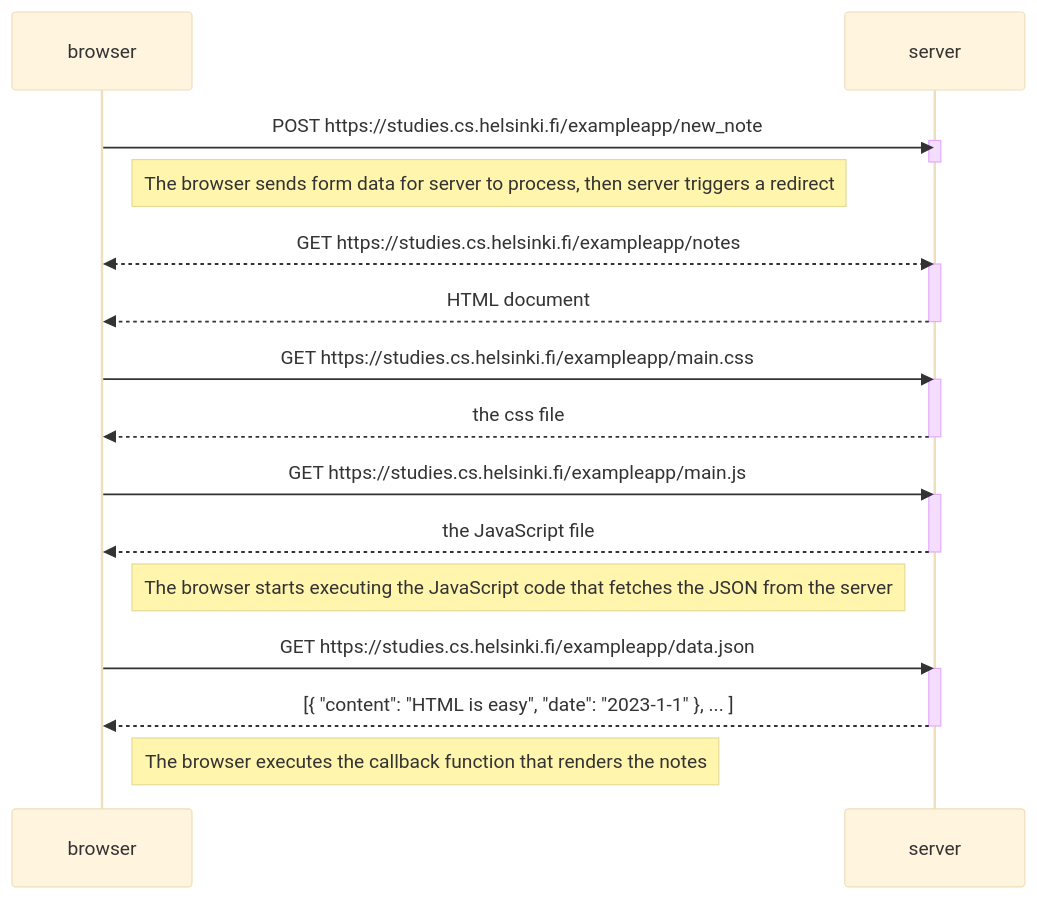
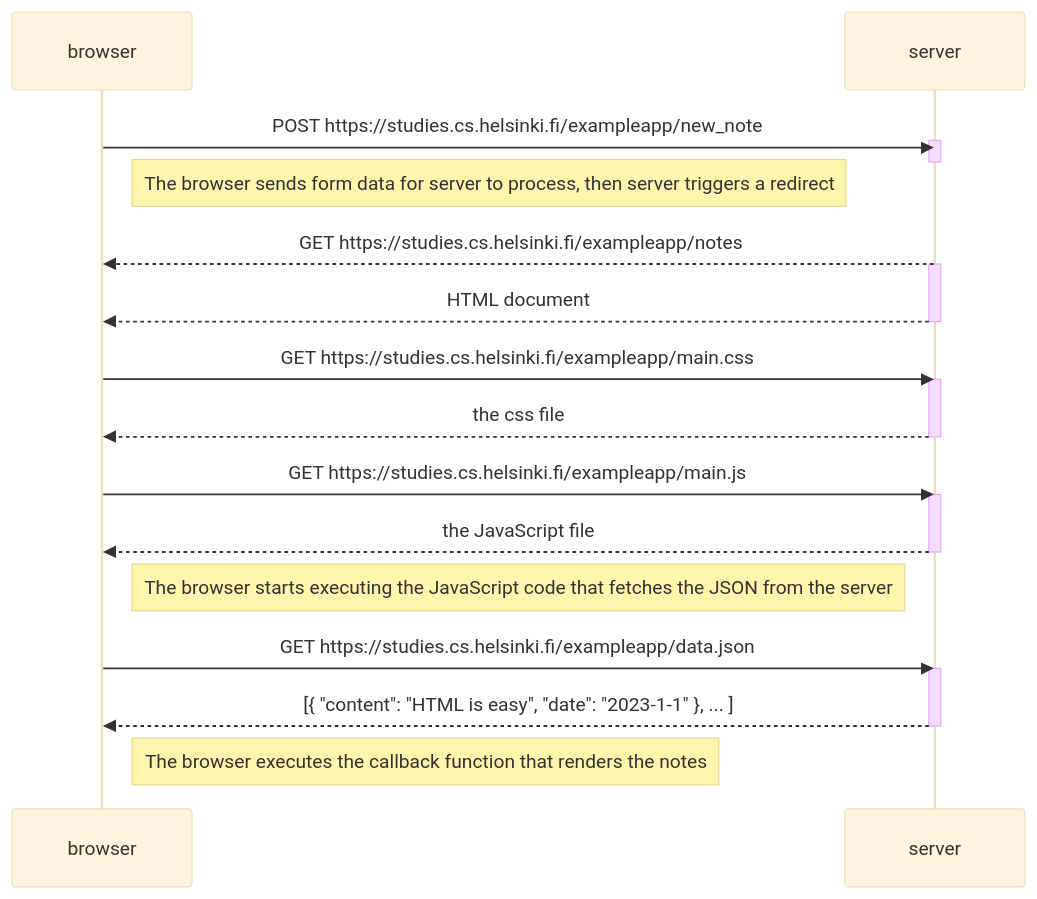
One commit to mojeedkusimo/fullstackopen changed the diagram in part_0/0_4_new_note_diagram/solution.md. Above: the diagram before and after it, drawn with Mermaid (base theme).

Commit message:
Solution 5

````diff
--- a/part_0/0_4_new_note_diagram/solution.md
+++ b/part_0/0_4_new_note_diagram/solution.md
@@ -1,37 +1,37 @@
 ```mermaid
 
 sequenceDiagram
     participant browser
     participant server
 
     browser->>server: POST https://studies.cs.helsinki.fi/exampleapp/new_note
     activate server
     deactivate server
 
     Note right of browser: The browser sends form data for server to process, then server triggers a redirect
 
-    browser<<-->>server: GET https://studies.cs.helsinki.fi/exampleapp/notes
+    server-->>browser: GET https://studies.cs.helsinki.fi/exampleapp/notes
     activate server
     server-->>browser: HTML document
     deactivate server
 
     browser->>server: GET https://studies.cs.helsinki.fi/exampleapp/main.css
     activate server
     server-->>browser: the css file
     deactivate server
 
     browser->>server: GET https://studies.cs.helsinki.fi/exampleapp/main.js
     activate server
     server-->>browser: the JavaScript file
     deactivate server
 
     Note right of browser: The browser starts executing the JavaScript code that fetches the JSON from the server
 
     browser->>server: GET https://studies.cs.helsinki.fi/exampleapp/data.json
     activate server
     server-->>browser: [{ "content": "HTML is easy", "date": "2023-1-1" }, ... ]
     deactivate server
 
     Note right of browser: The browser executes the callback function that renders the notes
 
 ```
````
